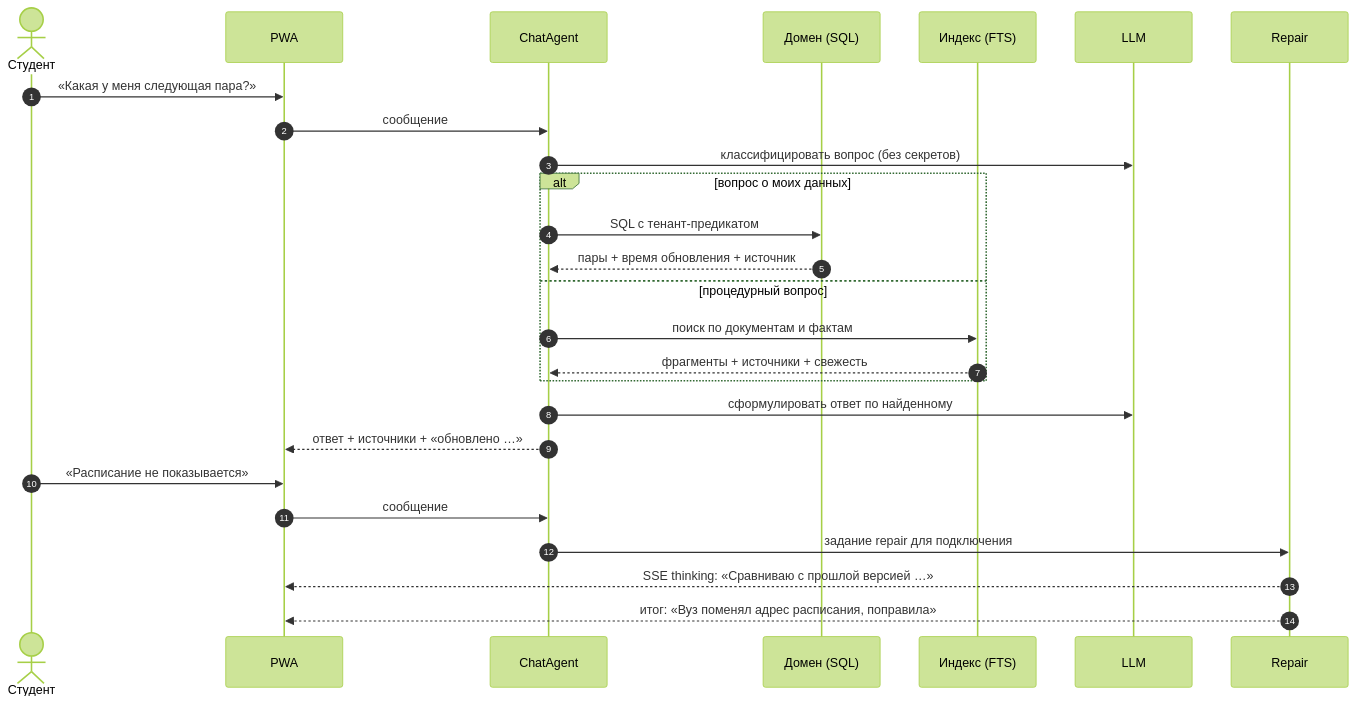
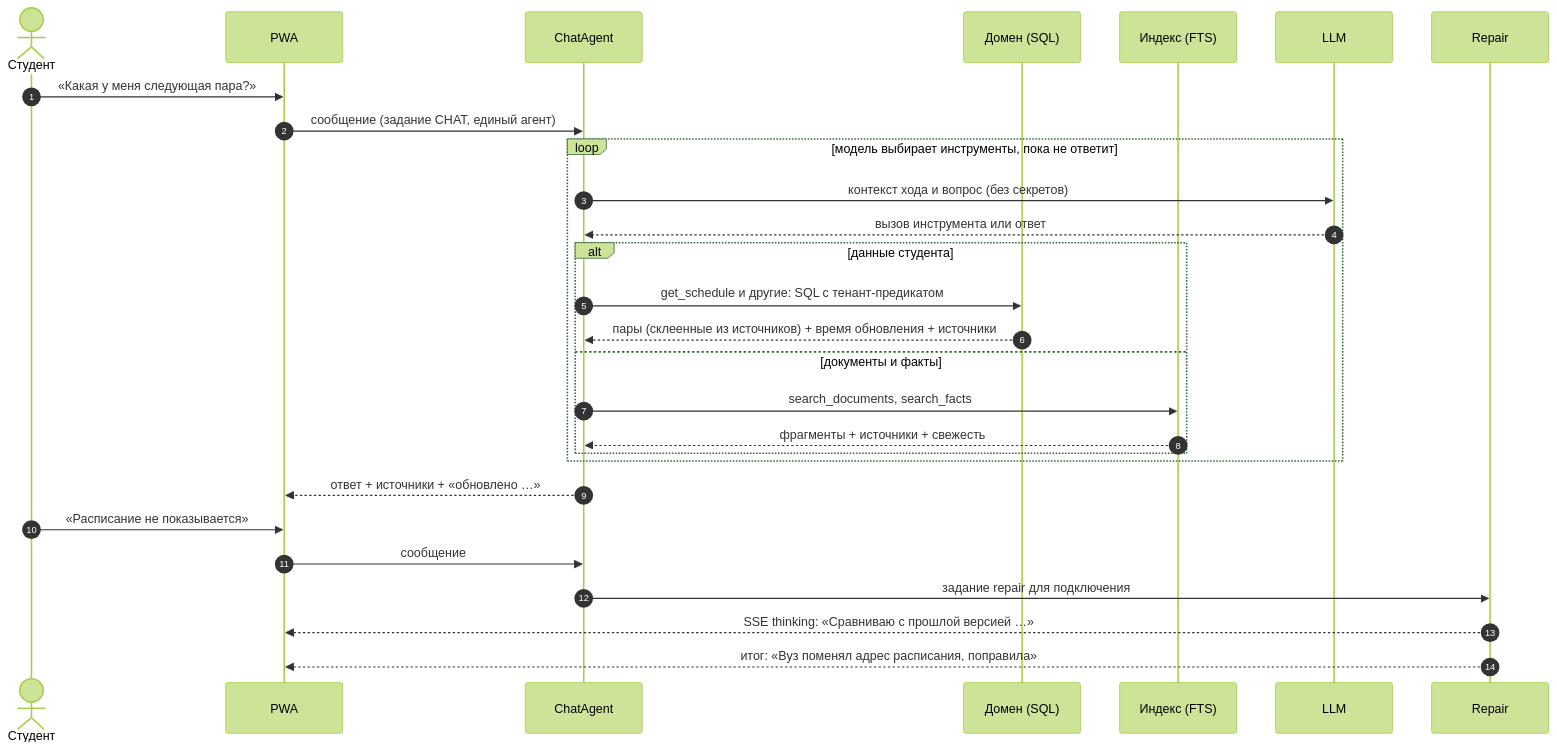
One commit to MattoYuzuru/Botai changed the fifth of 6 diagrams in docs/architecture/hld.md. Above: the diagram before and after it, drawn with Mermaid (forest theme). The commit also changed other lines of this file and 27 other files, not shown here.

````diff
--- a/docs/architecture/hld.md
+++ b/docs/architecture/hld.md
@@ -171,30 +177,32 @@
 ```mermaid
 sequenceDiagram
     autonumber
     actor S as Студент
     participant P as PWA
     participant C as ChatAgent
     participant D as Домен (SQL)
     participant I as Индекс (FTS)
     participant L as LLM
     participant R as Repair
 
     S->>P: «Какая у меня следующая пара?»
-    P->>C: сообщение
-    C->>L: классифицировать вопрос (без секретов)
-    alt вопрос о моих данных
-        C->>D: SQL с тенант-предикатом
-        D-->>C: пары + время обновления + источник
-    else процедурный вопрос
-        C->>I: поиск по документам и фактам
-        I-->>C: фрагменты + источники + свежесть
+    P->>C: сообщение (задание CHAT, единый агент)
+    loop модель выбирает инструменты, пока не ответит
+        C->>L: контекст хода и вопрос (без секретов)
+        L-->>C: вызов инструмента или ответ
+        alt данные студента
+            C->>D: get_schedule и другие: SQL с тенант-предикатом
+            D-->>C: пары (склеенные из источников) + время обновления + источники
+        else документы и факты
+            C->>I: search_documents, search_facts
+            I-->>C: фрагменты + источники + свежесть
+        end
     end
-    C->>L: сформулировать ответ по найденному
     C-->>P: ответ + источники + «обновлено …»
 
     S->>P: «Расписание не показывается»
     P->>C: сообщение
     C->>R: задание repair для подключения
     R-->>P: SSE thinking: «Сравниваю с прошлой версией …»
     R-->>P: итог: «Вуз поменял адрес расписания, поправила»
 ```
````
